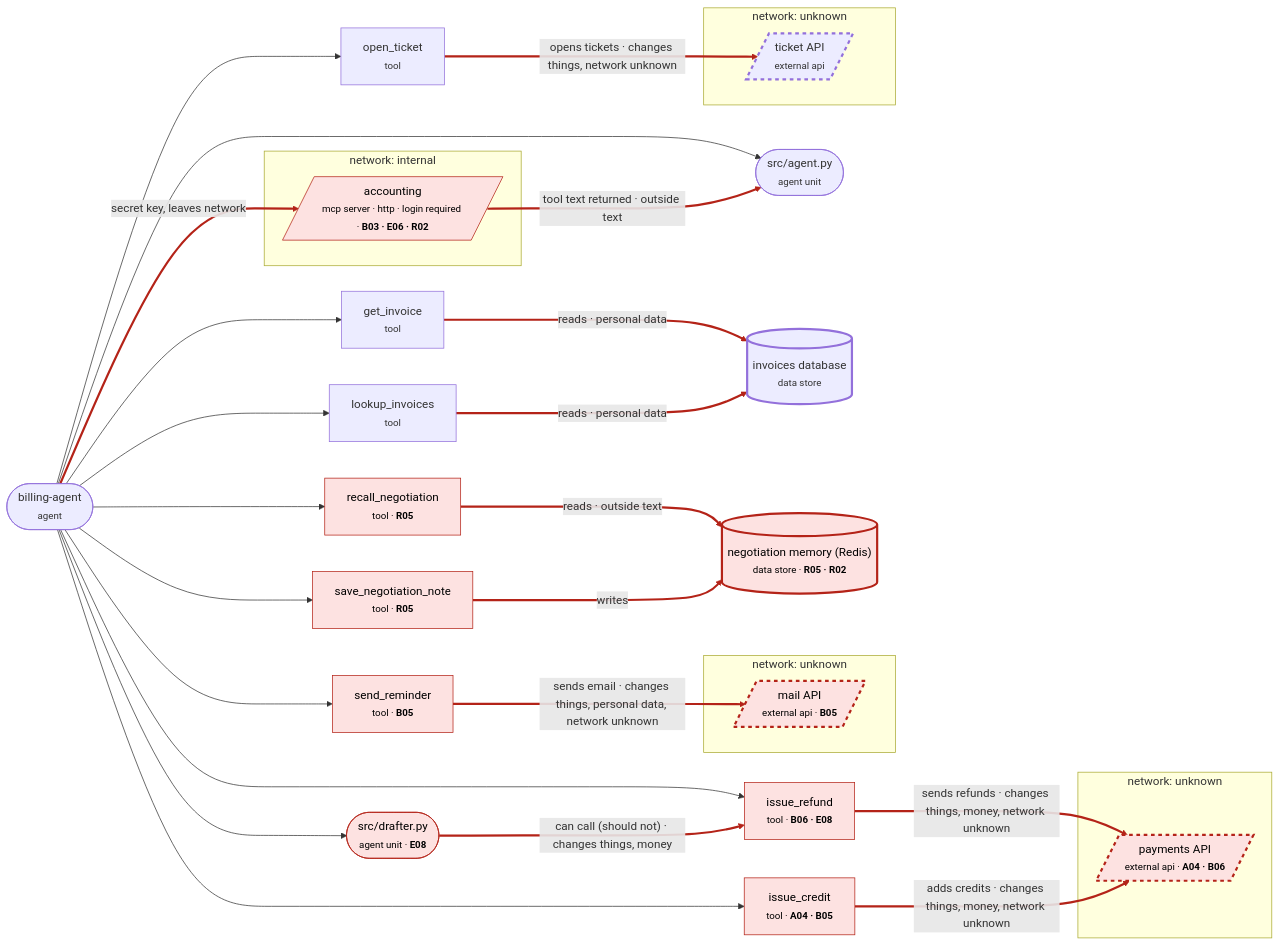
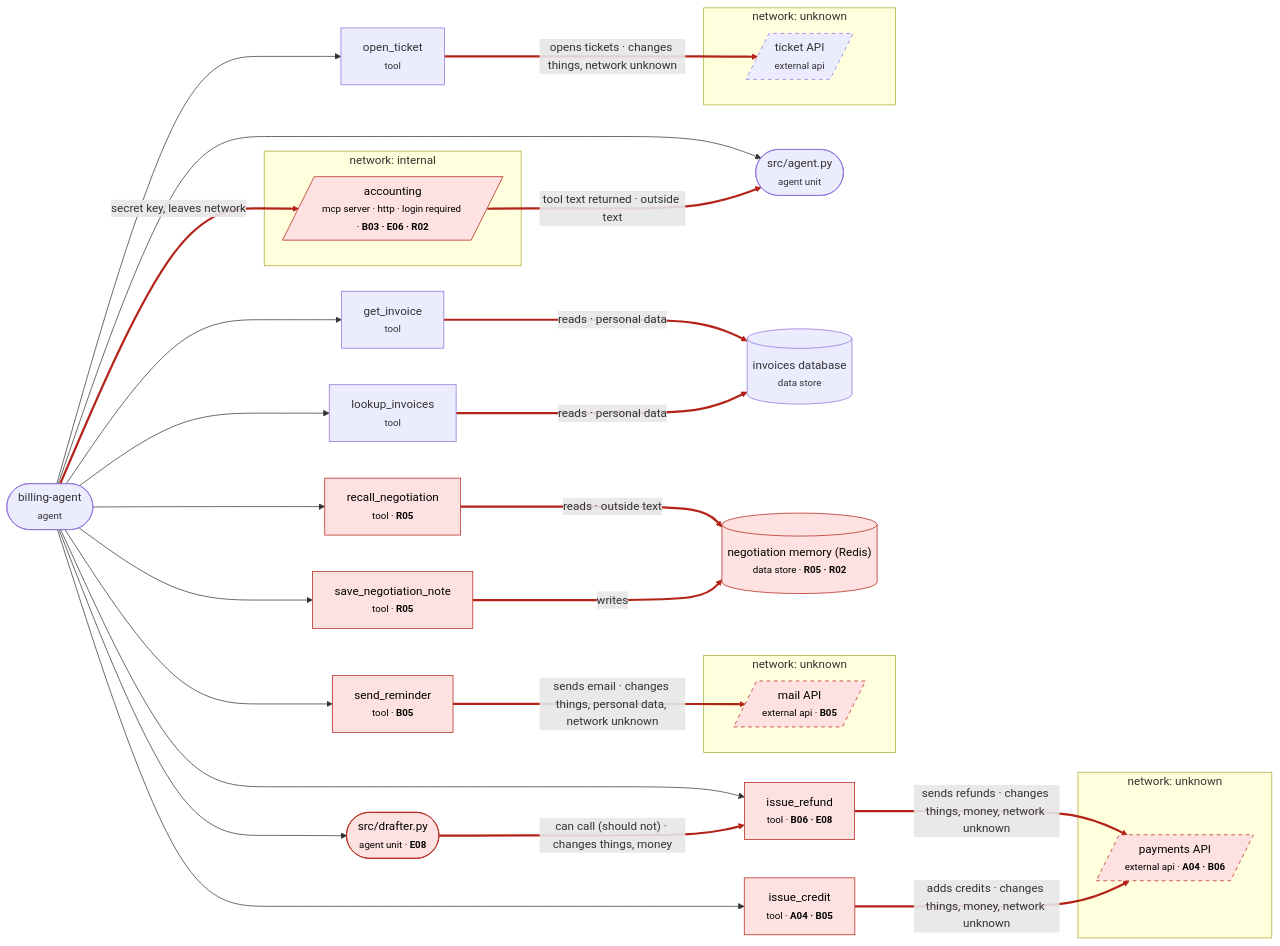
One commit to brace-ai-security/brace changed the diagram in tools/brace/examples/billing-agent/action-plan.md. Above: the diagram before and after it, drawn with Mermaid. The commit also changed other lines of this file and 39 other files, not shown here.

````diff
--- a/tools/brace/examples/billing-agent/action-plan.md
+++ b/tools/brace/examples/billing-agent/action-plan.md
@@ -17,58 +17,57 @@
 ```mermaid
 flowchart LR
   n0(["billing-agent<br/><small>agent</small>"])
   n1(["src/agent.py<br/><small>agent unit</small>"])
   n2(["src/drafter.py<br/><small>agent unit · <b>E08</b></small>"])
   n3[("invoices database<br/><small>data store</small>")]
   n4[("negotiation memory (Redis)<br/><small>data store · <b>R05 · R02</b></small>")]
   n5["lookup_invoices<br/><small>tool</small>"]
   n6["get_invoice<br/><small>tool</small>"]
   n7["issue_refund<br/><small>tool · <b>B06 · E08</b></small>"]
   n8["issue_credit<br/><small>tool · <b>A04 · B05</b></small>"]
   n9["send_reminder<br/><small>tool · <b>B05</b></small>"]
   n10["open_ticket<br/><small>tool</small>"]
   n11["recall_negotiation<br/><small>tool · <b>R05</b></small>"]
   n12["save_negotiation_note<br/><small>tool · <b>R05</b></small>"]
   subgraph z_n13["network: internal"]
     n13[/"accounting<br/><small>mcp server · http · login required · <b>B03 · E06 · R02</b></small>"/]
   end
   subgraph z_n14["network: unknown"]
     n14[/"payments API<br/><small>external api · <b>A04 · B06</b></small>"/]
   end
   subgraph z_n15["network: unknown"]
     n15[/"mail API<br/><small>external api · <b>B05</b></small>"/]
   end
   subgraph z_n16["network: unknown"]
     n16[/"ticket API<br/><small>external api</small>"/]
   end
   n0 --> n1
   n0 --> n2
   n0 -->|"secret key, leaves network"| n13
   n0 --> n5
   n0 --> n6
   n0 --> n7
   n0 --> n8
   n0 --> n9
   n0 --> n10
   n0 --> n11
   n0 --> n12
   n2 -->|"can call (should not) · changes things, money"| n7
   n6 -->|"reads · personal data"| n3
   n5 -->|"reads · personal data"| n3
+  n11 -->|"reads · outside text"| n4
+  n12 -->|"writes"| n4
   n7 -->|"sends refunds · changes things, money, network unknown"| n14
   n8 -->|"adds credits · changes things, money, network unknown"| n14
   n9 -->|"sends email · changes things, personal data, network unknown"| n15
   n10 -->|"opens tickets · changes things, network unknown"| n16
-  n11 -->|"reads · outside text"| n4
-  n12 -->|"writes"| n4
   n13 -->|"tool text returned · outside text"| n1
   classDef unknown stroke-dasharray: 5 5
   classDef traced stroke-width: 3px
   classDef gap fill:#fde2e1,stroke:#b42318,color:#000
   classDef needs fill:#fff4d6,stroke:#b54708,color:#000
   classDef ok fill:#e3f4e8,stroke:#067647,color:#000
   class n14,n15,n16 unknown
-  class n3,n4,n14,n15,n16 traced
   class n8,n14,n9,n15,n7,n2,n13,n4,n11,n12 gap
   linkStyle 2,11,12,13,14,15,16,17,18,19,20 stroke:#b42318,stroke-width:3px
 ```
````
